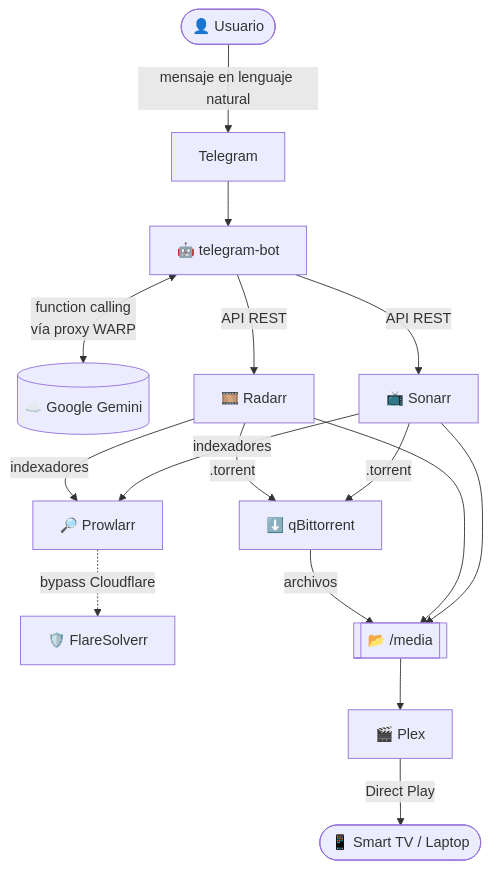
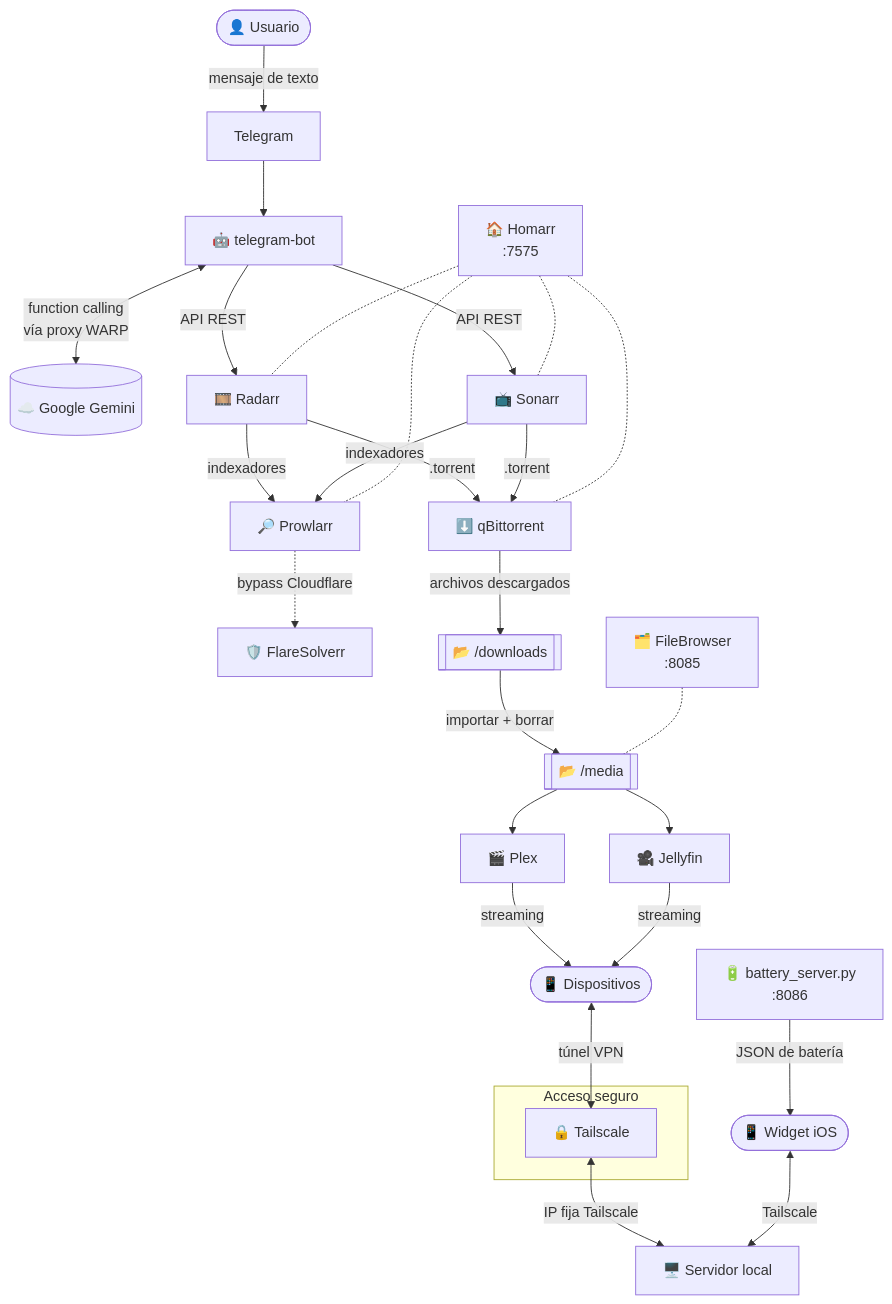
The diagram in README.md (adri4nza/bot-movies-server), drawn with Mermaid before and after one commit. The commit also changed other lines of this file and 2 other files, not shown here.

Commit message:
feat(core): Add battery monitoring service and expand documentation

````diff
--- a/README.md
+++ b/README.md
@@ -44,18 +48,28 @@
 ```mermaid
 flowchart TD
-    U([👤 Usuario]) -->|mensaje en lenguaje natural| TG[Telegram]
+    U([👤 Usuario]) -->|mensaje de texto| TG[Telegram]
     TG --> BOT[🤖 telegram-bot]
-    BOT <-->|function calling<br/>vía proxy WARP| GEM[(☁️ Google Gemini)]
+    BOT <-->|function calling\nvía proxy WARP| GEM[(☁️ Google Gemini)]
     BOT -->|API REST| RAD[🎞️ Radarr]
     BOT -->|API REST| SON[📺 Sonarr]
-    RAD -->|indexadores| PRO[🔎 Prowlarr]
-    SON -->|indexadores| PRO
+    RAD & SON -->|indexadores| PRO[🔎 Prowlarr]
     PRO -.->|bypass Cloudflare| FLR[🛡️ FlareSolverr]
-    RAD -->|.torrent| QB[⬇️ qBittorrent]
-    SON -->|.torrent| QB
-    QB -->|archivos| MEDIA[[📂 /media]]
-    RAD --> MEDIA
-    SON --> MEDIA
+    RAD & SON -->|.torrent| QB[⬇️ qBittorrent]
+    QB -->|archivos descargados| DL[[📂 /downloads]]
+    DL -->|importar + borrar| MEDIA[[📂 /media]]
     MEDIA --> PLEX[🎬 Plex]
-    PLEX -->|Direct Play| DEV([📱 Smart TV / Laptop])
+    MEDIA --> JELLY[🎥 Jellyfin]
+    PLEX & JELLY -->|streaming| DEV([📱 Dispositivos])
+
+    subgraph Acceso seguro
+        TS[🔒 Tailscale]
+    end
+    DEV <-->|túnel VPN| TS
+    TS <-->|IP fija Tailscale| SERVER[🖥️ Servidor local]
+
+    BAT[🔋 battery_server.py\n:8086] -->|JSON de batería| IOS([📱 Widget iOS])
+    IOS <-->|Tailscale| SERVER
+
+    DASH[🏠 Homarr\n:7575] -.- RAD & SON & QB & PRO
+    FB[🗂️ FileBrowser\n:8085] -.- MEDIA
 ```
````
